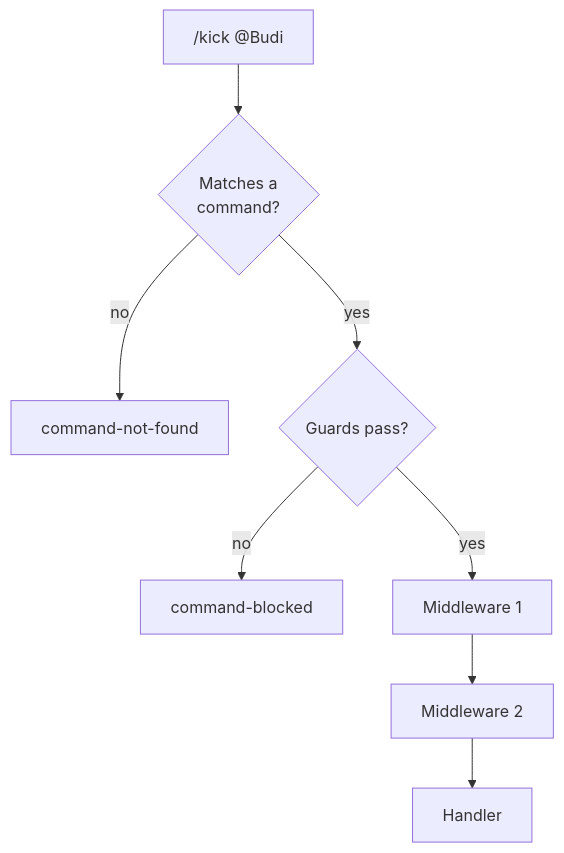
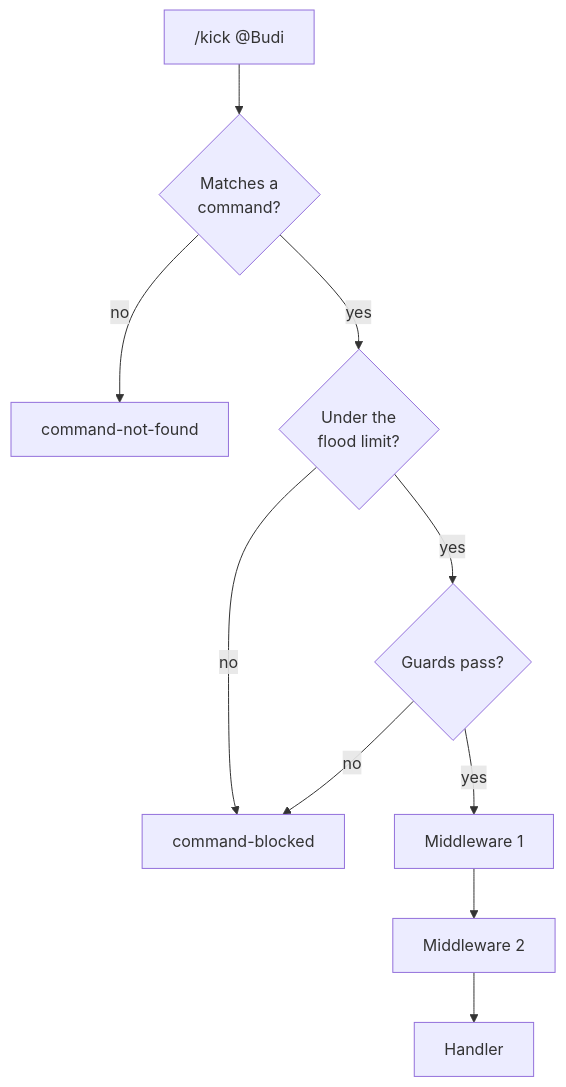
The diagram in docs/bots/middleware.mdx (zeative/zaileys), drawn with Mermaid before and after one commit. The commit also changed other lines of this file and 17 other files, not shown here.

````diff
--- a/docs/bots/middleware.mdx
+++ b/docs/bots/middleware.mdx
@@ -55,8 +55,10 @@
 ```mermaid
 flowchart TD
   msg["/kick @Budi"] --> match{"Matches a<br/>command?"}
   match -->|no| notFound["command-not-found"]
-  match -->|yes| guards{"Guards pass?"}
-  guards -->|no| blocked["command-blocked"]
+  match -->|yes| flood{"Under the<br/>flood limit?"}
+  flood -->|no| blocked["command-blocked"]
+  flood -->|yes| guards{"Guards pass?"}
+  guards -->|no| blocked
   guards -->|yes| first["Middleware 1"] --> second["Middleware 2"] --> handler["Handler"]
 ```
````
